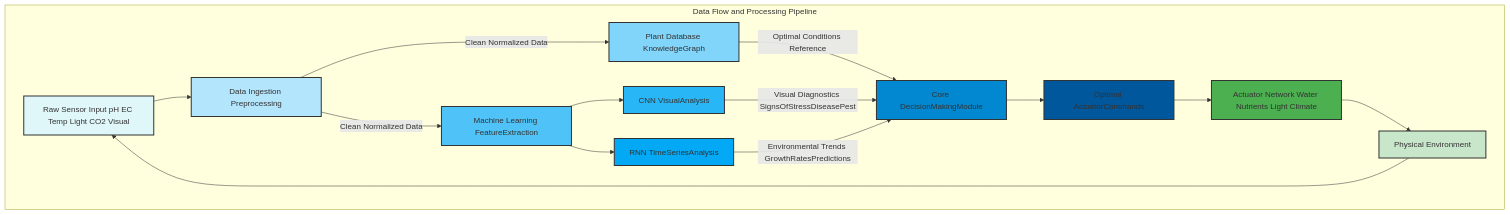
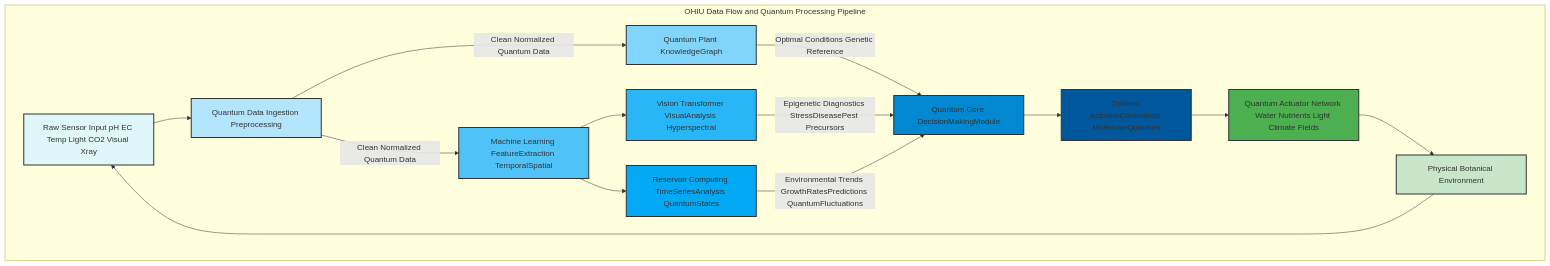
One commit to diplomat-bit/Citibank_Demo_Business_Inc_Demonstration- changed the second of 10 diagrams in inventions/110_ai_automated_home_gardening.md. Above: the diagram before and after it, drawn with Mermaid. The commit also changed other lines of this file, not shown here.

````diff
--- a/inventions/110_ai_automated_home_gardening.md
+++ b/inventions/110_ai_automated_home_gardening.md
@@ -264,31 +370,31 @@
 ```mermaid
 graph TD
-    subgraph Data Flow and Processing Pipeline
-        RS[Raw Sensor Input pH EC Temp Light CO2 Visual] --> DIP[Data Ingestion Preprocessing]
-        DIP --> |Clean Normalized Data| DB[Plant Database KnowledgeGraph]
-        DIP --> |Clean Normalized Data| MLF[Machine Learning FeatureExtraction]
+    subgraph OHIU Data Flow and Quantum Processing Pipeline
+        RS[Raw Sensor Input pH EC Temp Light CO2 Visual Xray] --> QDP[Quantum Data Ingestion Preprocessing]
+        QDP --> |Clean Normalized Quantum Data| QPKG[Quantum Plant KnowledgeGraph]
+        QDP --> |Clean Normalized Quantum Data| MLF[Machine Learning FeatureExtraction TemporalSpatial]
 
-        MLF --> CNNV[CNN VisualAnalysis]
-        MLF --> RNNTS[RNN TimeSeriesAnalysis]
+        MLF --> VT[Vision Transformer VisualAnalysis Hyperspectral]
+        MLF --> RC[Reservoir Computing TimeSeriesAnalysis QuantumStates]
 
-        DB --> |Optimal Conditions Reference| CDM[Core DecisionMakingModule]
-        CNNV --> |Visual Diagnostics SignsOfStressDiseasePest| CDM
-        RNNTS --> |Environmental Trends GrowthRatesPredictions| CDM
+        QPKG --> |Optimal Conditions Genetic Reference| QDCM[Quantum Core DecisionMakingModule]
+        VT --> |Epigenetic Diagnostics StressDiseasePest Precursors| QDCM
+        RC --> |Environmental Trends GrowthRatesPredictions QuantumFluctuations| QDCM
 
-        CDM --> OAC[Optimal ActuatorCommands]
-        OAC --> Act[Actuator Network Water Nutrients Light Climate]
-        Act --> PE[Physical Environment]
-        PE --> RS
+        QDCM --> OAC[Optimal ActuatorCommands MolecularQuantum]
+        OAC --> QAN[Quantum Actuator Network Water Nutrients Light Climate Fields]
+        QAN --> PBE[Physical Botanical Environment]
+        PBE --> RS
     end
 
     style RS fill:#e0f7fa,stroke:#333,stroke-width:2px
-    style DIP fill:#b3e5fc,stroke:#333,stroke-width:2px
-    style DB fill:#81d4fa,stroke:#333,stroke-width:2px
+    style QDP fill:#b3e5fc,stroke:#333,stroke-width:2px
+    style QPKG fill:#81d4fa,stroke:#333,stroke-width:2px
     style MLF fill:#4fc3f7,stroke:#333,stroke-width:2px
-    style CNNV fill:#29b6f6,stroke:#333,stroke-width:2px
-    style RNNTS fill:#03a9f4,stroke:#333,stroke-width:2px
-    style CDM fill:#0288d1,stroke:#333,stroke-width:2px
+    style VT fill:#29b6f6,stroke:#333,stroke-width:2px
+    style RC fill:#03a9f4,stroke:#333,stroke-width:2px
+    style QDCM fill:#0288d1,stroke:#333,stroke-width:2px
     style OAC fill:#01579b,stroke:#333,stroke-width:2px
-    style Act fill:#4caf50,stroke:#333,stroke-width:2px
-    style PE fill:#c8e6c9,stroke:#333,stroke-width:2px
+    style QAN fill:#4caf50,stroke:#333,stroke-width:2px
+    style PBE fill:#c8e6c9,stroke:#333,stroke-width:2px
 ```
````
